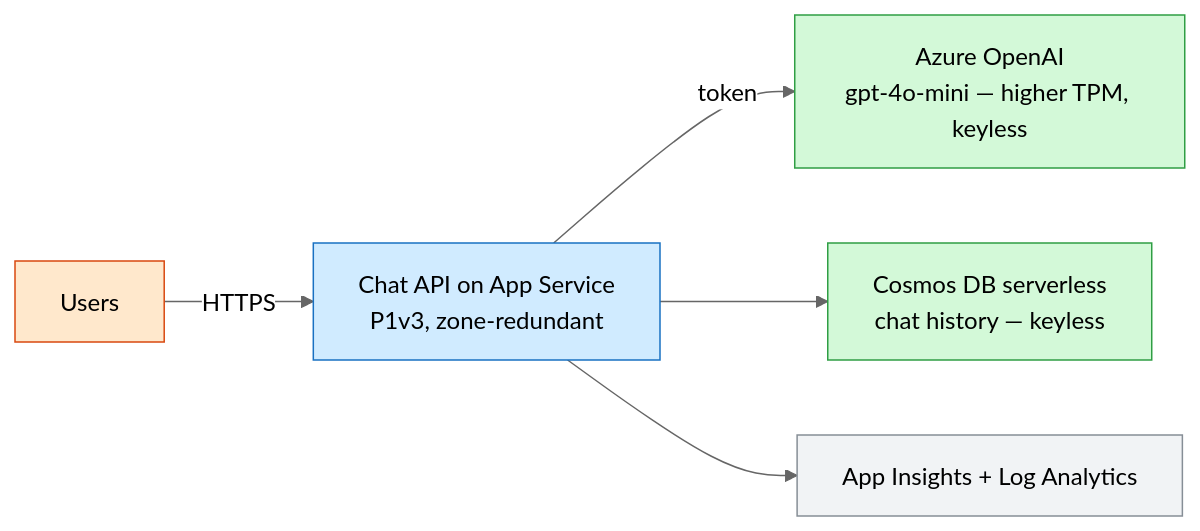
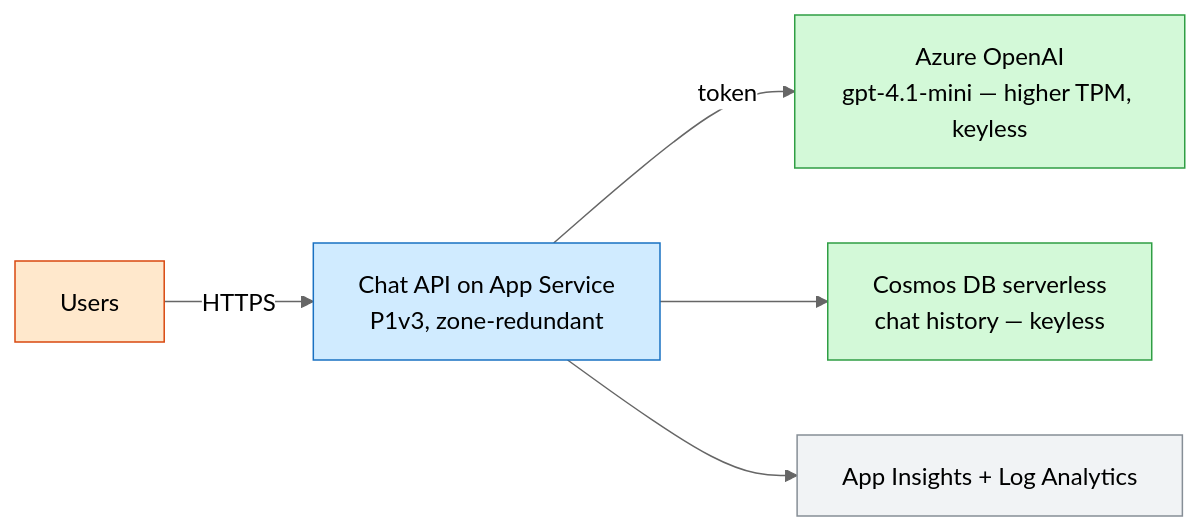
The second of 2 diagrams in catalog/ai-chat/README.md (mjohnson1979/techlabs-personal), drawn with Mermaid (neutral theme) before and after one commit. The commit also changed other lines of this file and 13 other files, not shown here.

First line of the commit message:
Move AI catalogs off deprecated gpt-4o-mini; make probe deprecation-aware

````diff
--- a/catalog/ai-chat/README.md
+++ b/catalog/ai-chat/README.md
@@ -105,17 +105,17 @@
 ```mermaid
 flowchart LR
   user["Users"]:::edge
   app["Chat API on App Service<br/>P1v3, zone-redundant"]:::compute
-  oai["Azure OpenAI<br/>gpt-4o-mini — higher TPM, keyless"]:::data
+  oai["Azure OpenAI<br/>gpt-4.1-mini — higher TPM, keyless"]:::data
   cosmos["Cosmos DB serverless<br/>chat history — keyless"]:::data
   obs["App Insights + Log Analytics"]:::obs
   user -->|HTTPS| app
   app -->|token| oai
   app --> cosmos
   app --> obs
   classDef edge fill:#ffe8cc,stroke:#d9480f,color:#000
   classDef compute fill:#d0ebff,stroke:#1971c2,color:#000
   classDef data fill:#d3f9d8,stroke:#2f9e44,color:#000
   classDef sec fill:#f3d9fa,stroke:#9c36b5,color:#000
   classDef obs fill:#f1f3f5,stroke:#868e96,color:#000
 ```
````
